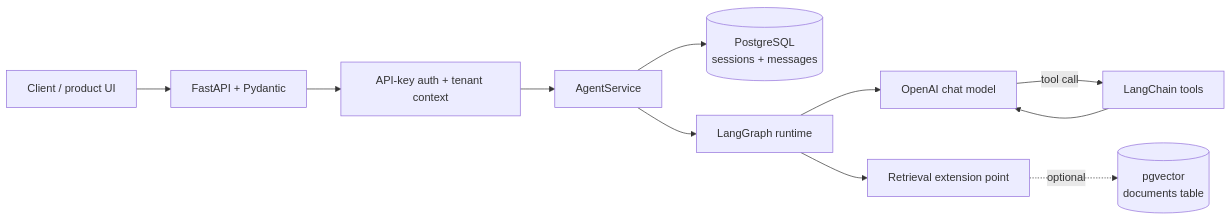
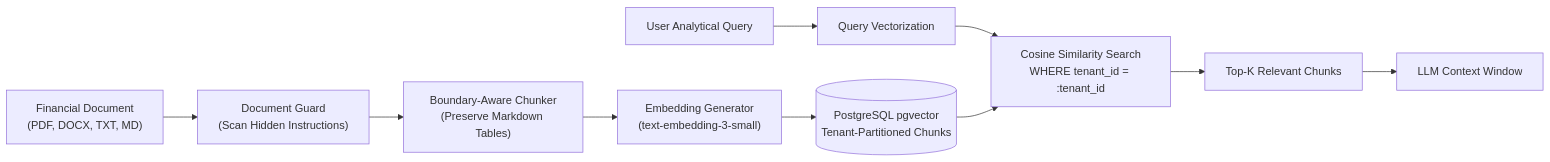
The third of 4 diagrams in README.md (oddproblem/InsightPilot), drawn with Mermaid before and after one commit. The commit also changed other lines of this file and 2 other files, not shown here.

Commit message:
docs: write comprehensive technical README with architecture diagrams and UI screenshots

````diff
--- a/README.md
+++ b/README.md
@@ -95,13 +123,13 @@
 ```mermaid
 flowchart LR
-    Client["Client / product UI"] --> API["FastAPI + Pydantic"]
-    API --> Auth["API-key auth + tenant context"]
-    Auth --> Service["AgentService"]
-    Service --> History[("PostgreSQL<br/>sessions + messages")]
-    Service --> Graph["LangGraph runtime"]
-    Graph --> LLM["OpenAI chat model"]
-    LLM -->|tool call| Tools["LangChain tools"]
-    Tools --> LLM
-    Graph --> Retrieval["Retrieval extension point"]
-    Retrieval -. optional .-> Vector[("pgvector<br/>documents table")]
+    Upload["Financial Document<br/>(PDF, DOCX, TXT, MD)"] --> SecurityScan["Document Guard<br/>(Scan Hidden Instructions)"]
+    SecurityScan --> Chunker["Boundary-Aware Chunker<br/>(Preserve Markdown Tables)"]
+    Chunker --> Embedder["Embedding Generator<br/>(text-embedding-3-small)"]
+    Embedder --> VectorDB[("PostgreSQL pgvector<br/>Tenant-Partitioned Chunks")]
+    
+    UserQuery["User Analytical Query"] --> QueryEmbed["Query Vectorization"]
+    QueryEmbed --> CosineSearch["Cosine Similarity Search<br/>WHERE tenant_id = :tenant_id"]
+    VectorDB --> CosineSearch
+    CosineSearch --> TopK["Top-K Relevant Chunks"]
+    TopK --> LLMContext["LLM Context Window"]
 ```
````
